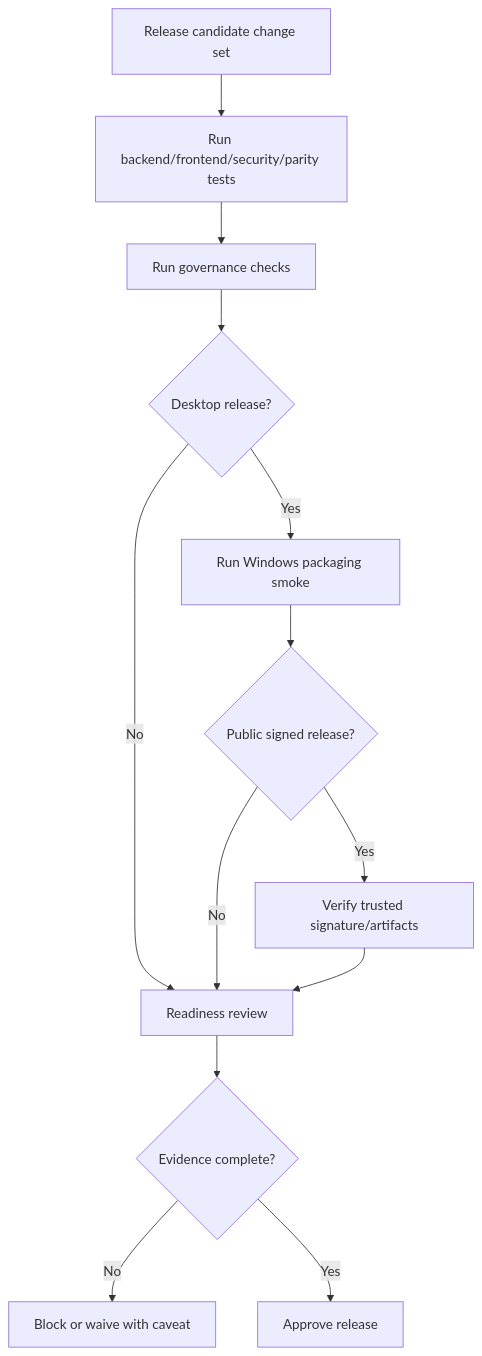
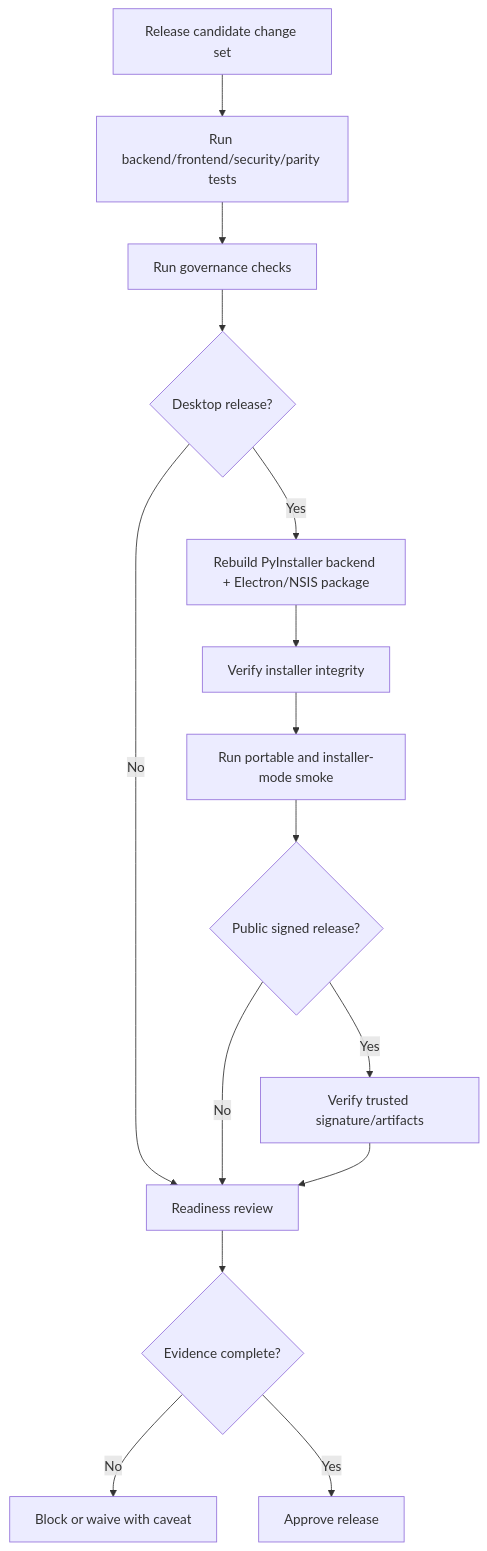
One commit to kherrera6219/DataLogicEngine changed the ninth of 10 diagrams in docs/PROCESS_MAP.md. Above: the diagram before and after it, drawn with Mermaid. The commit also changed other lines of this file and 69 other files, not shown here.

````diff
--- a/docs/PROCESS_MAP.md
+++ b/docs/PROCESS_MAP.md
@@ -196,15 +196,17 @@
 ```mermaid
 flowchart TD
     CHANGE[Release candidate change set] --> TESTS[Run backend/frontend/security/parity tests]
     TESTS --> GOV[Run governance checks]
     GOV --> PACKAGE{Desktop release?}
-    PACKAGE -- Yes --> SMOKE[Run Windows packaging smoke]
+    PACKAGE -- Yes --> BUILD[Rebuild PyInstaller backend + Electron/NSIS package]
+    BUILD --> INTEGRITY[Verify installer integrity]
+    INTEGRITY --> SMOKE[Run portable and installer-mode smoke]
     PACKAGE -- No --> READY[Readiness review]
     SMOKE --> SIGN{Public signed release?}
     SIGN -- Yes --> VERIFY[Verify trusted signature/artifacts]
     SIGN -- No --> READY
     VERIFY --> READY
     READY --> DECISION{Evidence complete?}
     DECISION -- No --> BLOCK[Block or waive with caveat]
     DECISION -- Yes --> RELEASE[Approve release]
 ```
````
